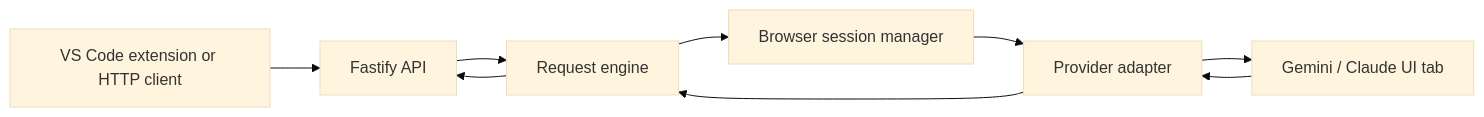
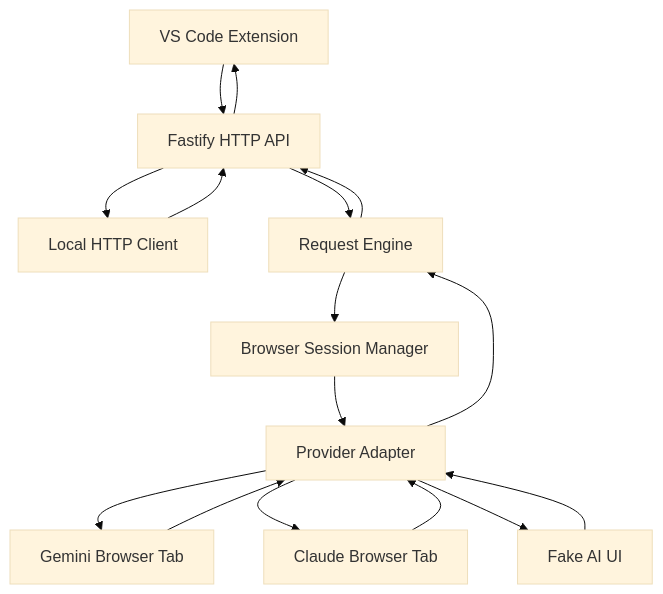
Before and after one commit to tiwarivishal01/MakingYourAiUnlimted: the second of 2 diagrams in README.md, drawn with Mermaid (base theme). The commit also changed other lines of this file, not shown here.

````diff
--- a/README.md
+++ b/README.md
@@ -41,11 +197,28 @@
 ```mermaid
-flowchart LR
-	A[VS Code extension or HTTP client] --> B[Fastify API]
-	B --> C[Request engine]
-	C --> D[Browser session manager]
-	D --> E[Provider adapter]
-	E --> F[Gemini / Claude UI tab]
-	F --> E
-	E --> C
-	C --> B
+flowchart TD
+    A[VS Code Extension]
+    B[Local HTTP Client]
+    C[Fastify HTTP API]
+    D[Request Engine]
+    E[Browser Session Manager]
+    F[Provider Adapter]
+    G[Gemini Browser Tab]
+    H[Claude Browser Tab]
+    I[Fake AI UI]
+
+    A --> C
+    B --> C
+    C --> D
+    D --> E
+    E --> F
+    F --> G
+    F --> H
+    F --> I
+    G --> F
+    H --> F
+    I --> F
+    F --> D
+    D --> C
+    C --> A
+    C --> B
 ```
````
